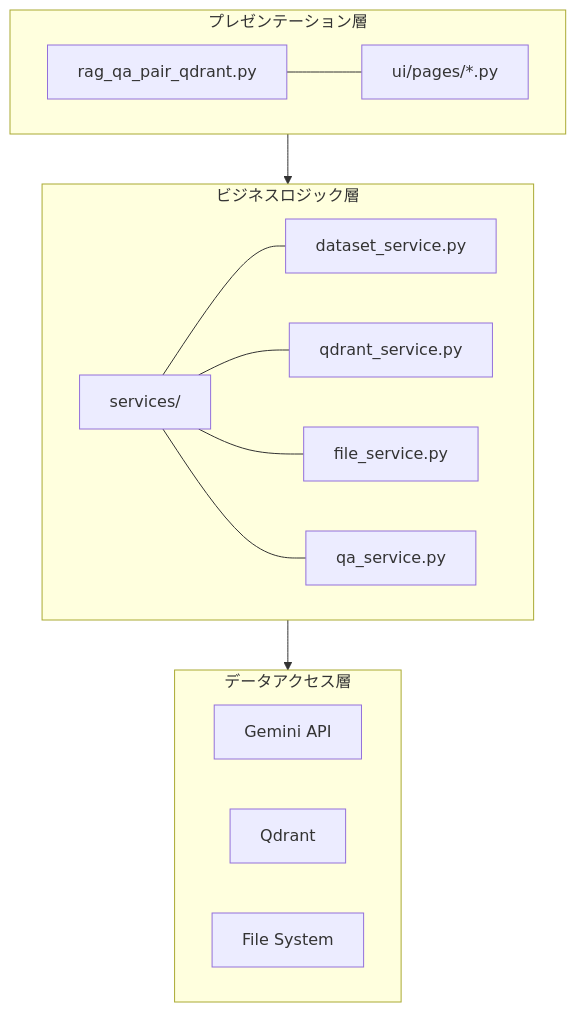
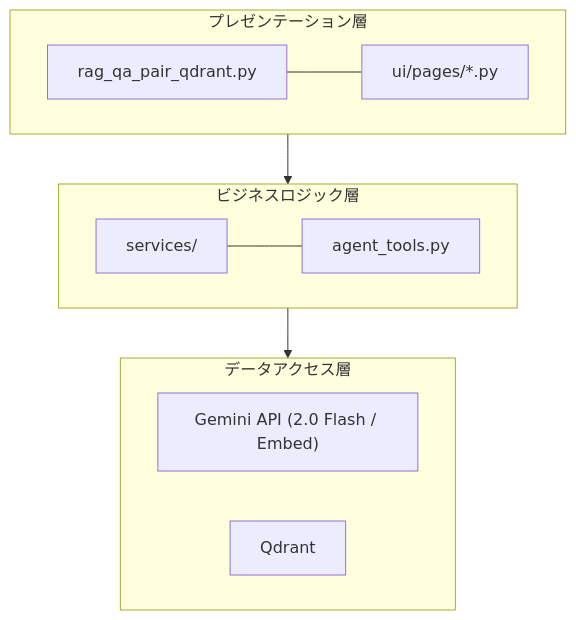
The first of 4 diagrams in doc/08_rag_qa_pair_qdrant.md (nakashima2toshio/gemini_agent_rag), drawn with Mermaid before and after one commit. The commit also changed other lines of this file and 15 other files, not shown here.

````diff
--- a/doc/08_rag_qa_pair_qdrant.md
+++ b/doc/08_rag_qa_pair_qdrant.md
@@ -97,29 +102,22 @@
 ```mermaid
 graph TD
     subgraph Presentation [プレゼンテーション層]
         Entry["rag_qa_pair_qdrant.py"]
         Pages["ui/pages/*.py"]
         Entry --- Pages
     end
 
     subgraph BusinessLogic [ビジネスロジック層]
         Services["services/"]
-        DS["dataset_service.py"]
-        QS["qdrant_service.py"]
-        FS["file_service.py"]
-        QAS["qa_service.py"]
-        Services --- DS
-        Services --- QS
-        Services --- FS
-        Services --- QAS
+        Tools["agent_tools.py"]
+        Services --- Tools
     end
 
     subgraph DataAccess [データアクセス層]
-        API["Gemini API"]
+        API["Gemini API (2.0 Flash / Embed)"]
         DB["Qdrant"]
-        File["File System"]
     end
 
     Presentation --> BusinessLogic
     BusinessLogic --> DataAccess
 ```
````
